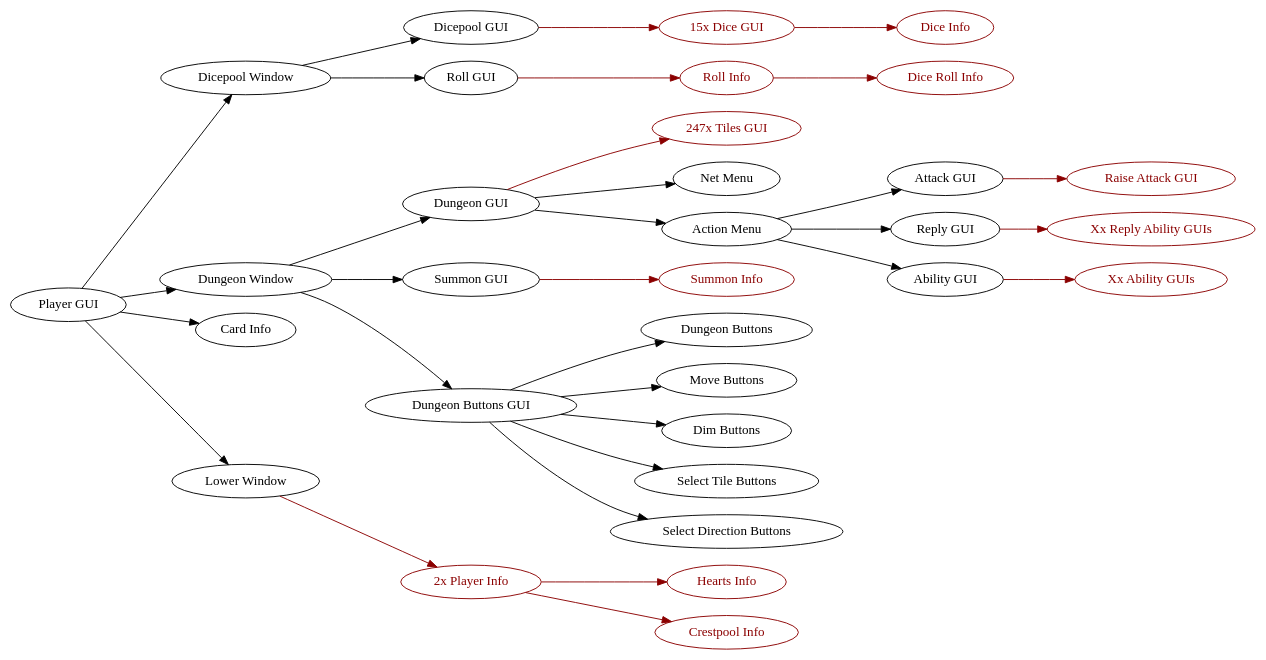
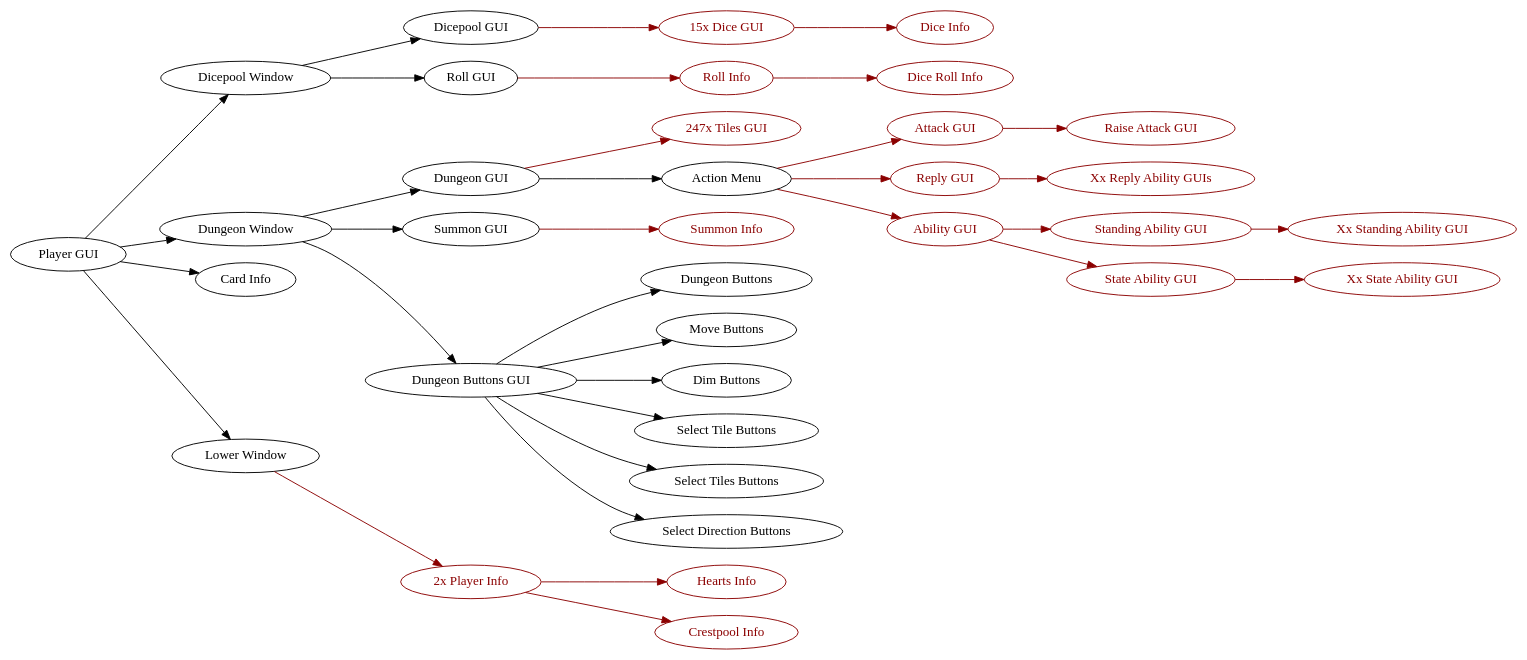
One commit to francocurotto/DDMre changed the diagram in documentation/diagrams/player_gui.dot. Above: the diagram before and after it, drawn with Graphviz. The commit also changed 10 other files, not shown here.

```diff
--- a/documentation/diagrams/player_gui.dot
+++ b/documentation/diagrams/player_gui.dot
@@ -1,21 +1,24 @@
 digraph player_gui {
     rankdir=LR
     "Player GUI" -> {"Dicepool Window", "Dungeon Window", "Card Info", "Lower Window"}
     "Dicepool Window" -> {"Dicepool GUI", "Roll GUI"}
     "Dicepool GUI" -> {"15x Dice GUI"[color=darkred, fontcolor=darkred]} [color=darkred]
     "15x Dice GUI" -> {"Dice Info"[color=darkred, fontcolor=darkred]} [color=darkred]
     "Roll GUI" -> {"Roll Info"[color=darkred, fontcolor=darkred]} [color=darkred]
     "Roll Info" -> {"Dice Roll Info"[color=darkred, fontcolor=darkred]} [color=darkred]
     "Dungeon Window" -> {"Dungeon GUI", "Summon GUI", "Dungeon Buttons GUI"}
     "Dungeon GUI" -> {"247x Tiles GUI" [color=darkred, fontcolor=darkred]} [color=darkred]
-    "Dungeon GUI" -> {"Net Menu", "Action Menu"}
-    "Action Menu" -> {"Attack GUI", "Reply GUI", "Ability GUI"}
+    "Dungeon GUI" -> "Action Menu"
+    "Action Menu" -> {"Attack GUI", "Reply GUI", "Ability GUI" [color=darkred, fontcolor=darkred]} [color=darkred]
     "Attack GUI" -> {"Raise Attack GUI"[color=darkred, fontcolor=darkred]} [color=darkred]
     "Reply GUI" -> {"Xx Reply Ability GUIs"[color=darkred, fontcolor=darkred]} [color=darkred]
-    "Ability GUI" -> {"Xx Ability GUIs"[color=darkred, fontcolor=darkred]} [color=darkred]
+    //"Ability GUI" -> {"Xx Ability GUIs"[color=darkred, fontcolor=darkred]} [color=darkred]
+    "Ability GUI" -> {"Standing Ability GUI", "State Ability GUI"[color=darkred, fontcolor=darkred]} [color=darkred]
+    "Standing Ability GUI" -> {"Xx Standing Ability GUI" [color=darkred, fontcolor=darkred]} [color=darkred]
+    "State Ability GUI" -> {"Xx State Ability GUI" [color=darkred, fontcolor=darkred]} [color=darkred]
     "Summon GUI" -> {"Summon Info"[color=darkred, fontcolor=darkred]} [color=darkred]
-    "Dungeon Buttons GUI" -> {"Dungeon Buttons", "Move Buttons", "Dim Buttons", "Select Tile Buttons", "Select Direction Buttons"}
+    "Dungeon Buttons GUI" -> {"Dungeon Buttons", "Move Buttons", "Dim Buttons", "Select Tile Buttons", "Select Tiles Buttons", "Select Direction Buttons"}
     "Lower Window" -> {"2x Player Info"[color=darkred, fontcolor=darkred]} [color=darkred]
     "2x Player Info" -> {"Hearts Info"[color=darkred, fontcolor=darkred]} [color=darkred] 
     "2x Player Info" -> {"Crestpool Info"[color=darkred, fontcolor=darkred]} [color=darkred]
 }
```
